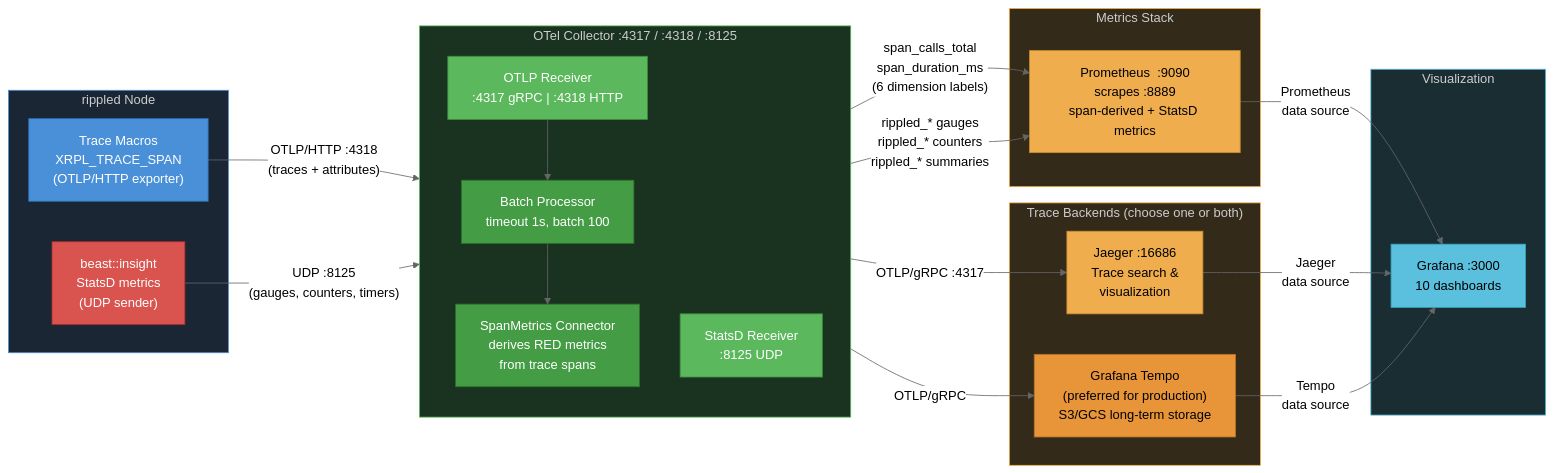
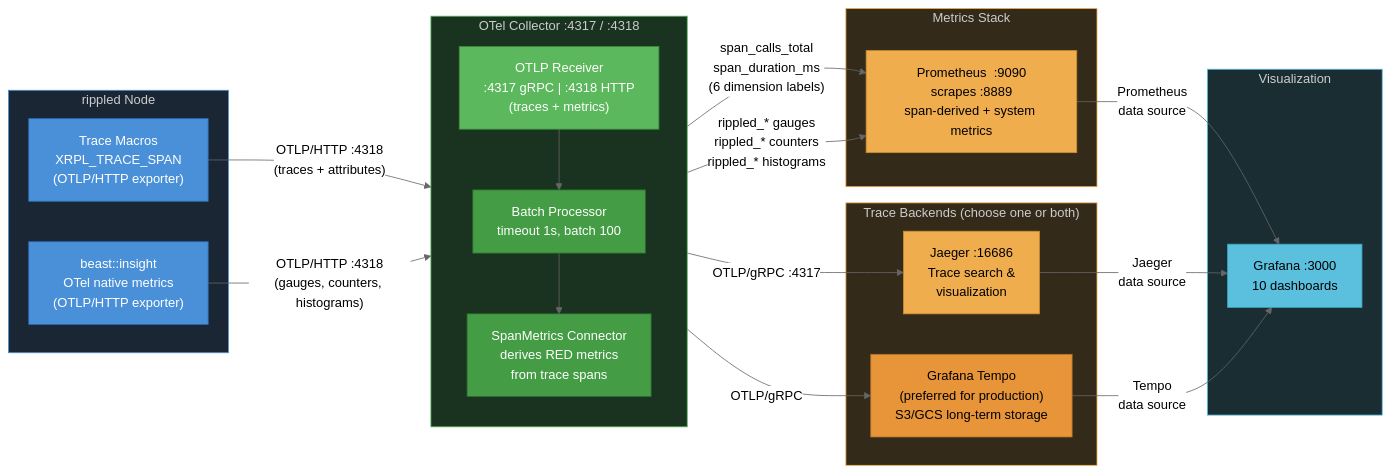
The diagram in OpenTelemetryPlan/09-data-collection-reference.md (mvanhorn/rippled), drawn with Mermaid (neutral theme) before and after one commit. The commit also changed other lines of this file and 16 other files, not shown here.

First line of the commit message:
Phase 7: Native OTel metrics migration (Tasks 7.1-7.7)

````diff
--- a/OpenTelemetryPlan/09-data-collection-reference.md
+++ b/OpenTelemetryPlan/09-data-collection-reference.md
@@ -9,60 +9,58 @@
 ```mermaid
 graph LR
     subgraph rippledNode["rippled Node"]
         A["Trace Macros<br/>XRPL_TRACE_SPAN<br/>(OTLP/HTTP exporter)"]
-        B["beast::insight<br/>StatsD metrics<br/>(UDP sender)"]
+        B["beast::insight<br/>OTel native metrics<br/>(OTLP/HTTP exporter)"]
     end
 
-    subgraph collector["OTel Collector  :4317 / :4318 / :8125"]
+    subgraph collector["OTel Collector  :4317 / :4318"]
         direction TB
-        R1["OTLP Receiver<br/>:4317 gRPC  |  :4318 HTTP"]
-        R2["StatsD Receiver<br/>:8125 UDP"]
+        R1["OTLP Receiver<br/>:4317 gRPC  |  :4318 HTTP<br/>(traces + metrics)"]
         BP["Batch Processor<br/>timeout 1s, batch 100"]
         SM["SpanMetrics Connector<br/>derives RED metrics<br/>from trace spans"]
 
         R1 --> BP
         BP --> SM
     end
 
     subgraph backends["Trace Backends  (choose one or both)"]
         D["Jaeger  :16686<br/>Trace search &<br/>visualization"]
         T["Grafana Tempo<br/>(preferred for production)<br/>S3/GCS long-term storage"]
     end
 
     subgraph metrics["Metrics Stack"]
-        E["Prometheus  :9090<br/>scrapes :8889<br/>span-derived + StatsD metrics"]
+        E["Prometheus  :9090<br/>scrapes :8889<br/>span-derived + system metrics"]
     end
 
     subgraph viz["Visualization"]
         F["Grafana  :3000<br/>10 dashboards"]
     end
 
     A -->|"OTLP/HTTP :4318<br/>(traces + attributes)"| R1
-    B -->|"UDP :8125<br/>(gauges, counters, timers)"| R2
+    B -->|"OTLP/HTTP :4318<br/>(gauges, counters, histograms)"| R1
 
     BP -->|"OTLP/gRPC :4317"| D
     BP -->|"OTLP/gRPC"| T
 
     SM -->|"span_calls_total<br/>span_duration_ms<br/>(6 dimension labels)"| E
-    R2 -->|"rippled_* gauges<br/>rippled_* counters<br/>rippled_* summaries"| E
+    R1 -->|"rippled_* gauges<br/>rippled_* counters<br/>rippled_* histograms"| E
 
     E -->|"Prometheus<br/>data source"| F
     D -->|"Jaeger<br/>data source"| F
     T -->|"Tempo<br/>data source"| F
 
     style A fill:#4a90d9,color:#fff,stroke:#2a6db5
-    style B fill:#d9534f,color:#fff,stroke:#b52d2d
+    style B fill:#4a90d9,color:#fff,stroke:#2a6db5
     style R1 fill:#5cb85c,color:#fff,stroke:#3d8b3d
-    style R2 fill:#5cb85c,color:#fff,stroke:#3d8b3d
     style BP fill:#449d44,color:#fff,stroke:#2d6e2d
     style SM fill:#449d44,color:#fff,stroke:#2d6e2d
     style D fill:#f0ad4e,color:#000,stroke:#c78c2e
     style T fill:#e8953a,color:#000,stroke:#b5732a
     style E fill:#f0ad4e,color:#000,stroke:#c78c2e
     style F fill:#5bc0de,color:#000,stroke:#3aa8c1
     style rippledNode fill:#1a2633,color:#ccc,stroke:#4a90d9
     style collector fill:#1a3320,color:#ccc,stroke:#5cb85c
     style backends fill:#332a1a,color:#ccc,stroke:#f0ad4e
     style metrics fill:#332a1a,color:#ccc,stroke:#f0ad4e
     style viz fill:#1a2d33,color:#ccc,stroke:#5bc0de
 ```
````
